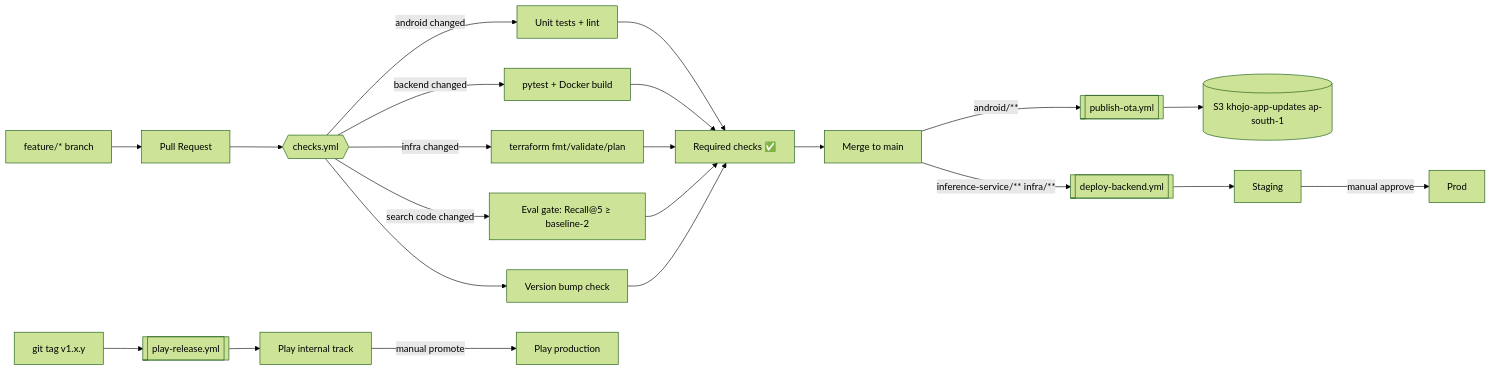
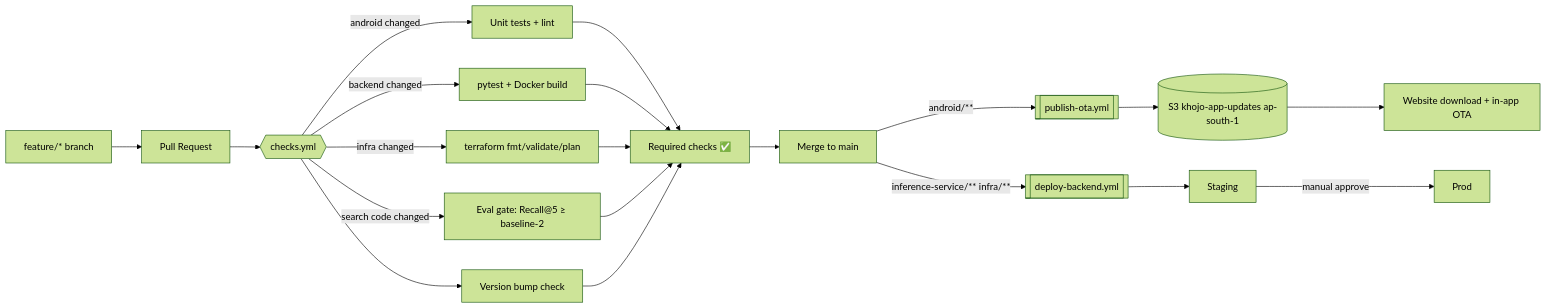
The second of 4 diagrams in docs/Khojo_AI_Delivery_Plan.md (devxjitin/khojo-ai), drawn with Mermaid (forest theme) before and after one commit. The commit also changed other lines of this file and 5 other files, not shown here.

First line of the commit message:
Docs: drop Play Store, ship by website APK + OTA + activation keys

````diff
--- a/docs/Khojo_AI_Delivery_Plan.md
+++ b/docs/Khojo_AI_Delivery_Plan.md
@@ -175,18 +183,17 @@
 ```mermaid
 flowchart LR
   DEV[feature/* branch] --> PR[Pull Request]
   PR --> CHK{{checks.yml}}
   CHK -->|android changed| AT[Unit tests + lint]
   CHK -->|backend changed| BT[pytest + Docker build]
   CHK -->|infra changed| TF[terraform fmt/validate/plan]
   CHK -->|search code changed| EV[Eval gate: Recall@5 ≥ baseline-2]
   CHK --> VB[Version bump check]
   AT & BT & TF & EV & VB --> REQ[Required checks ✅]
   REQ --> MERGE[Merge to main]
   MERGE -->|android/**| OTA[[publish-ota.yml]]
   MERGE -->|inference-service/** infra/**| BE[[deploy-backend.yml]]
-  TAG[git tag v1.x.y] --> PLAY[[play-release.yml]]
   OTA --> S3[(S3 khojo-app-updates ap-south-1)]
   BE --> STG[Staging] -->|manual approve| PROD[Prod]
-  PLAY --> INT[Play internal track] -->|manual promote| PRODPLAY[Play production]
+  S3 --> WEB[Website download + in-app OTA]
 ```
````
